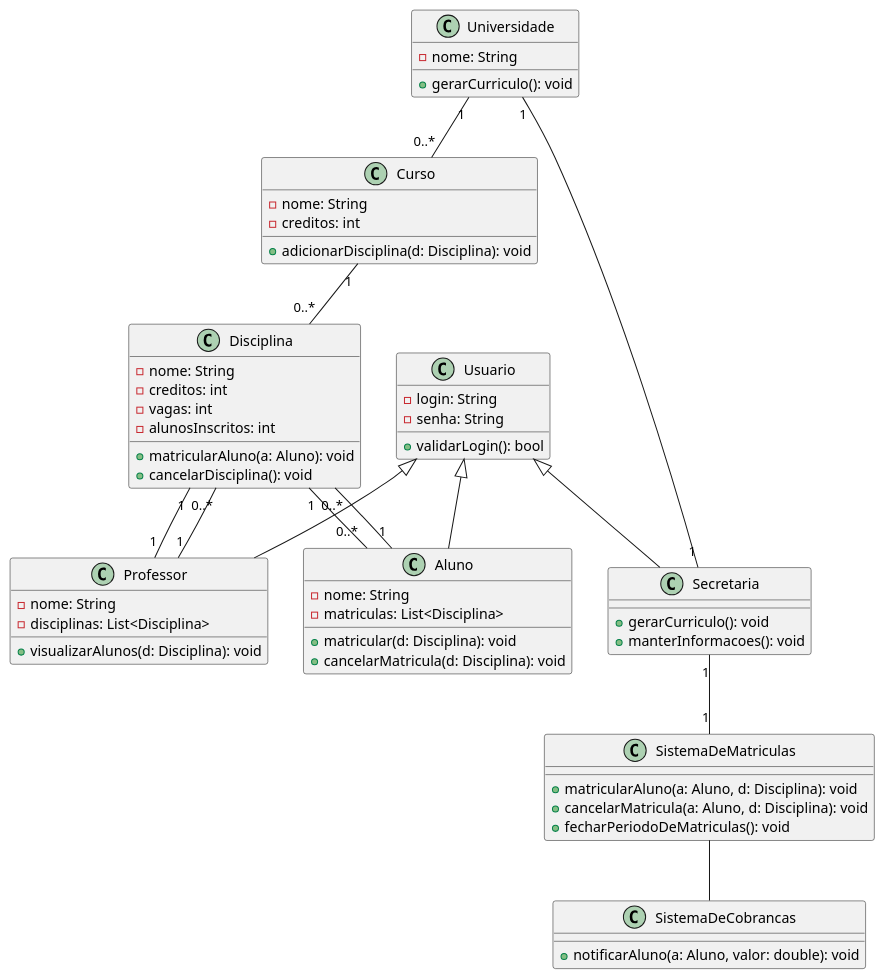
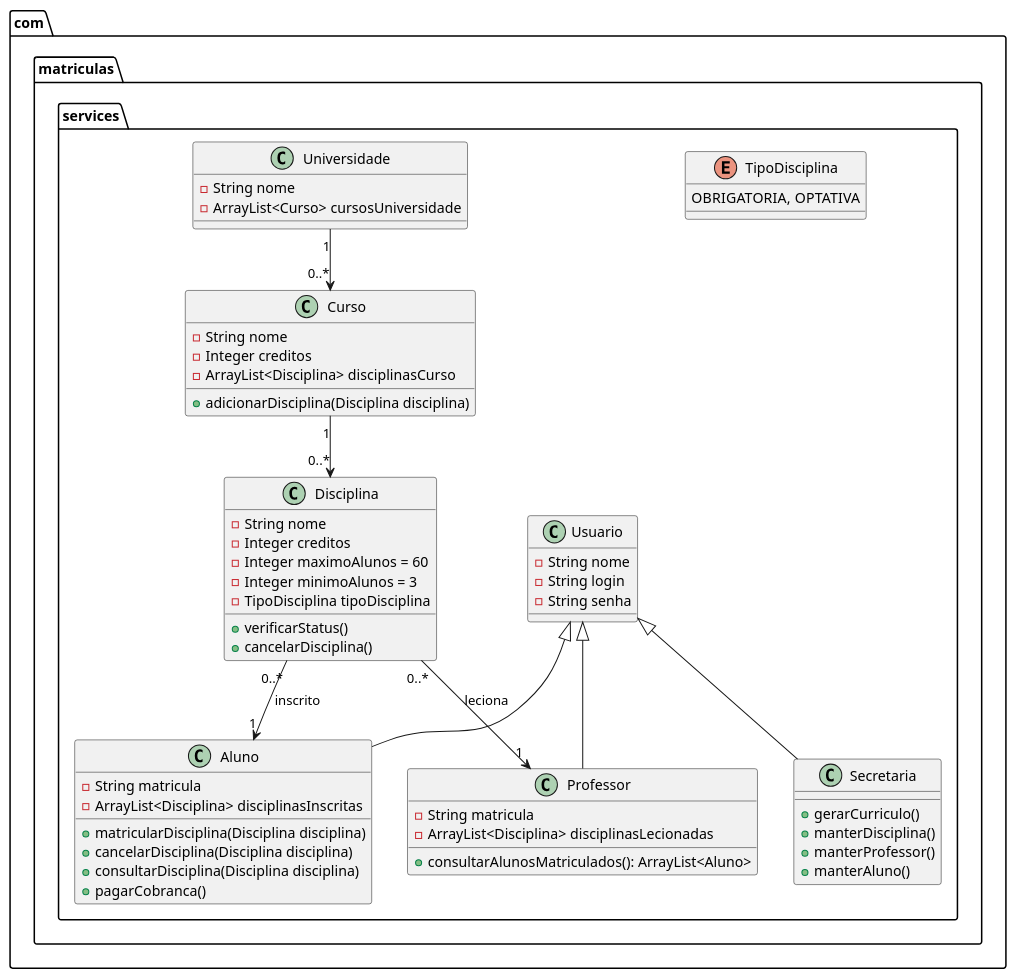
One commit to rubensm33/laboratorio_desenvolvimento_software changed the diagram in projeto/Diagrama_de_Classe.plantuml. Above: the diagram before and after it, drawn with PlantUML.

Commit message:
feat: class diagram

```diff
--- a/projeto/Diagrama_de_Classe.plantuml
+++ b/projeto/Diagrama_de_Classe.plantuml
@@ -1,70 +1,64 @@
 @startuml
+package "com.matriculas.services" {
 
-class Universidade {
-    -nome: String
-    +gerarCurriculo(): void
+    class Usuario {
+        - String nome
+        - String login
+        - String senha
+    }
+
+    class Aluno extends Usuario {
+        - String matricula
+        - ArrayList<Disciplina> disciplinasInscritas
+        + matricularDisciplina(Disciplina disciplina)
+        + cancelarDisciplina(Disciplina disciplina)
+        + consultarDisciplina(Disciplina disciplina)
+        + pagarCobranca()
+    }
+
+    class Professor extends Usuario {
+        - String matricula
+        - ArrayList<Disciplina> disciplinasLecionadas
+        + consultarAlunosMatriculados(): ArrayList<Aluno>
+    }
+
+    class Secretaria extends Usuario {
+        + gerarCurriculo()
+        + manterDisciplina()
+        + manterProfessor()
+        + manterAluno()
+    }
+
+    class Curso {
+        - String nome
+        - Integer creditos
+        - ArrayList<Disciplina> disciplinasCurso
+        + adicionarDisciplina(Disciplina disciplina)
+    }
+
+    class Disciplina {
+        - String nome
+        - Integer creditos
+        - Integer maximoAlunos = 60
+        - Integer minimoAlunos = 3
+        - TipoDisciplina tipoDisciplina
+        + verificarStatus()
+        + cancelarDisciplina()
+    }
+
+    enum TipoDisciplina {
+        OBRIGATORIA, OPTATIVA
+    }
+
+    class Universidade {
+        - String nome
+        - ArrayList<Curso> cursosUniversidade
+    }
+
+    Universidade "1" --> "0..*" Curso
+    Curso "1" --> "0..*" Disciplina
+    Disciplina "0..*" --> "1" Aluno : inscrito
+    Disciplina "0..*" --> "1" Professor : leciona
 }
 
-class Curso {
-    -nome: String
-    -creditos: int
-    +adicionarDisciplina(d: Disciplina): void
-}
-
-class Disciplina {
-    -nome: String
-    -creditos: int
-    -vagas: int
-    -alunosInscritos: int
-    +matricularAluno(a: Aluno): void
-    +cancelarDisciplina(): void
-}
-
-class Aluno {
-    -nome: String
-    -matriculas: List<Disciplina>
-    +matricular(d: Disciplina): void
-    +cancelarMatricula(d: Disciplina): void
-}
-
-class Professor {
-    -nome: String
-    -disciplinas: List<Disciplina>
-    +visualizarAlunos(d: Disciplina): void
-}
-
-class Secretaria {
-    +gerarCurriculo(): void
-    +manterInformacoes(): void
-}
-
-class SistemaDeMatriculas {
-    +matricularAluno(a: Aluno, d: Disciplina): void
-    +cancelarMatricula(a: Aluno, d: Disciplina): void
-    +fecharPeriodoDeMatriculas(): void
-}
-
-class SistemaDeCobrancas {
-    +notificarAluno(a: Aluno, valor: double): void
-}
-
-class Usuario {
-    -login: String
-    -senha: String
-    +validarLogin(): bool
-}
-
-Universidade "1" -- "1" Secretaria
-Universidade "1" -- "0..*" Curso
-Curso "1" -- "0..*" Disciplina
-Disciplina "1" -- "0..*" Aluno
-Disciplina "1" -- "1" Professor
-Aluno "1" -- "0..*" Disciplina
-Professor "1" -- "0..*" Disciplina
-Secretaria "1" -- "1" SistemaDeMatriculas
-SistemaDeMatriculas -- SistemaDeCobrancas
-Usuario <|-- Aluno
-Usuario <|-- Professor
-Usuario <|-- Secretaria
-
 @enduml
```
